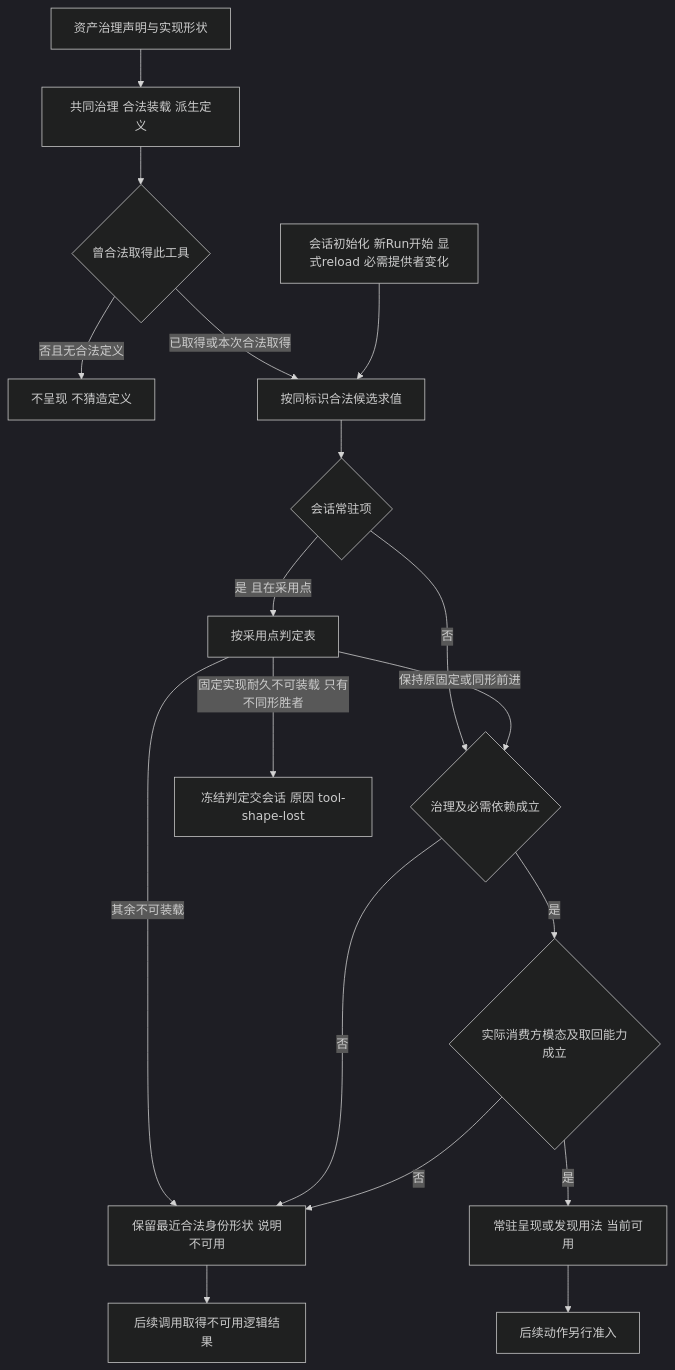
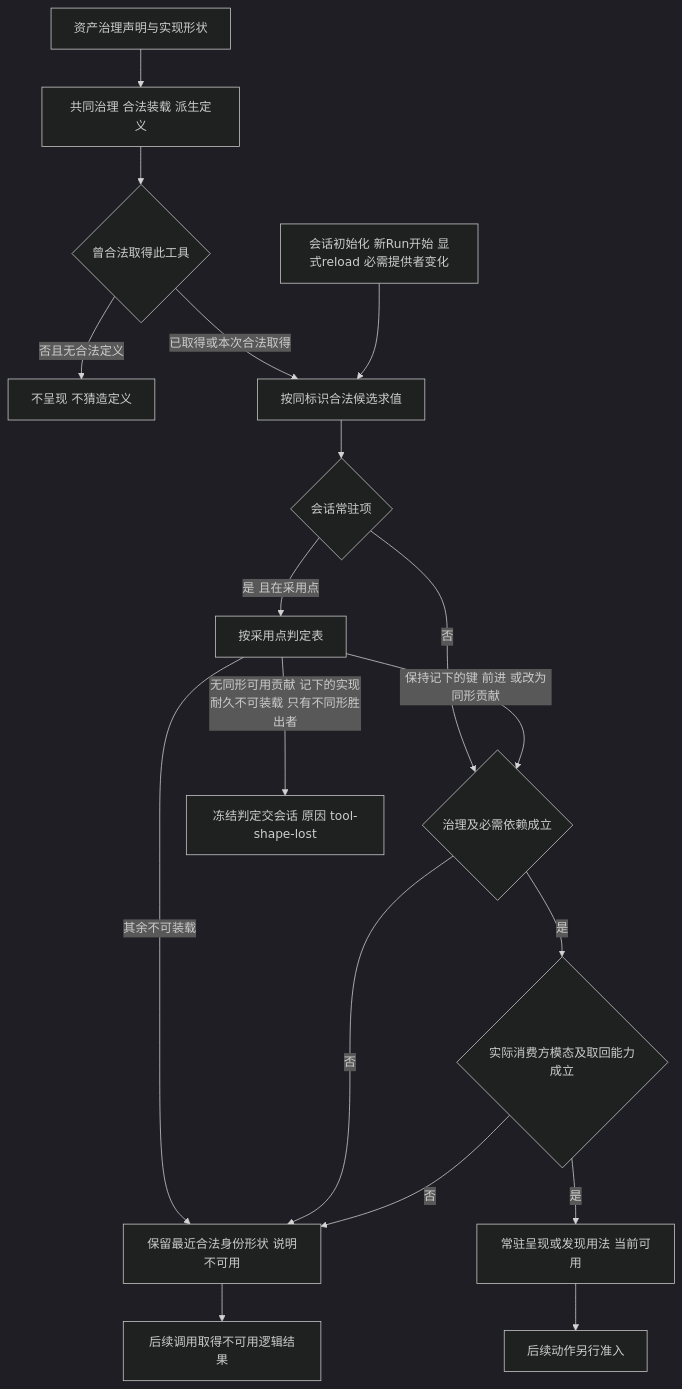
One commit to nemori-ai/omne-harness-lite changed the tenth of 16 diagrams in packages/tool/tool-contract/docs/flows.md. Above: the diagram before and after it, drawn with Mermaid (dark theme). The commit also changed other lines of this file and 9 other files, not shown here.

````diff
--- a/packages/tool/tool-contract/docs/flows.md
+++ b/packages/tool/tool-contract/docs/flows.md
@@ -398,20 +398,20 @@
 ```mermaid
 flowchart TD
     D[资产治理声明与实现形状] --> G[共同治理 合法装载 派生定义]
     G --> K{曾合法取得此工具}
     K -->|否且无合法定义| Hide[不呈现 不猜造定义]
     K -->|已取得或本次合法取得| S[按同标识合法候选求值]
     S --> R{会话常驻项}
     R -->|否| A{治理及必需依赖成立}
     R -->|是 且在采用点| J[按采用点判定表]
-    J -->|保持原固定或同形前进| A
-    J -->|固定实现耐久不可装载 只有不同形胜者| Freeze[冻结判定交会话 原因 tool-shape-lost]
+    J -->|保持记下的键 前进 或改为同形贡献| A
+    J -->|无同形可用贡献 记下的实现耐久不可装载 只有不同形胜出者| Freeze[冻结判定交会话 原因 tool-shape-lost]
     J -->|其余不可装载| U
     A -->|否| U[保留最近合法身份形状 说明不可用]
     A -->|是| M{实际消费方模态及取回能力成立}
     M -->|否| U
     M -->|是| P[常驻呈现或发现用法 当前可用]
     Change[会话初始化 新Run开始 显式reload 必需提供者变化] --> S
     P --> Call[后续动作另行准入]
     U --> Dummy[后续调用取得不可用逻辑结果]
 ```
````
